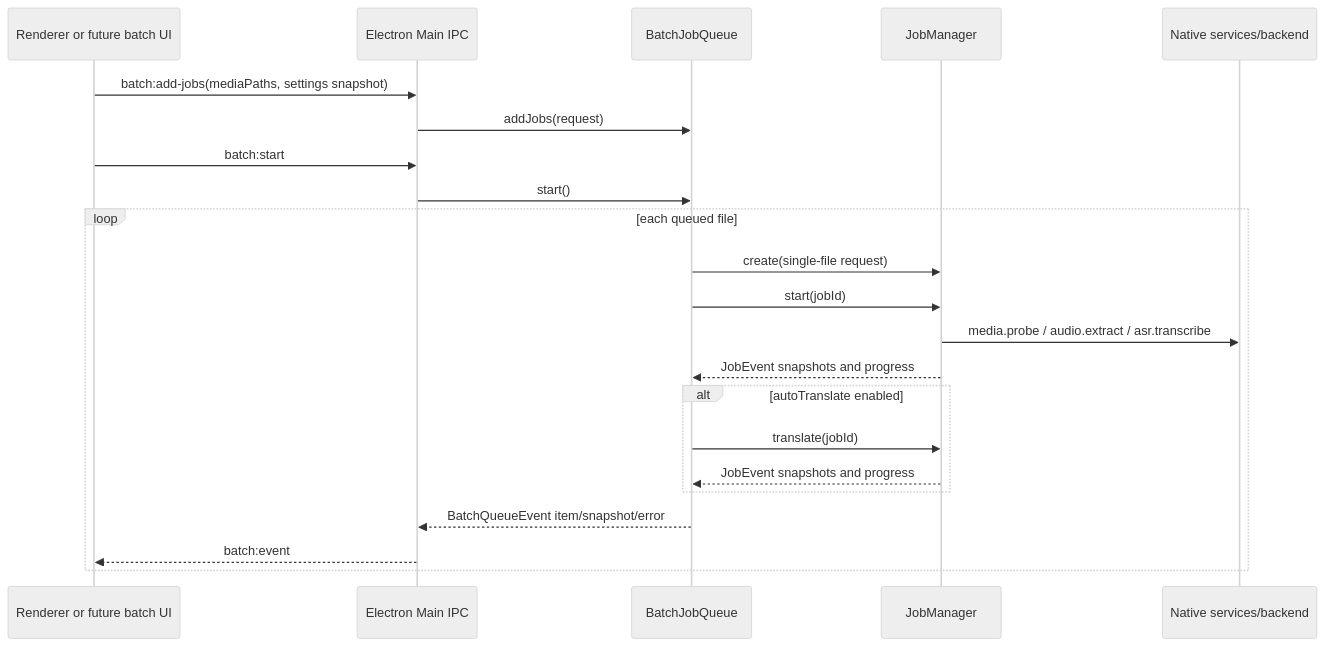
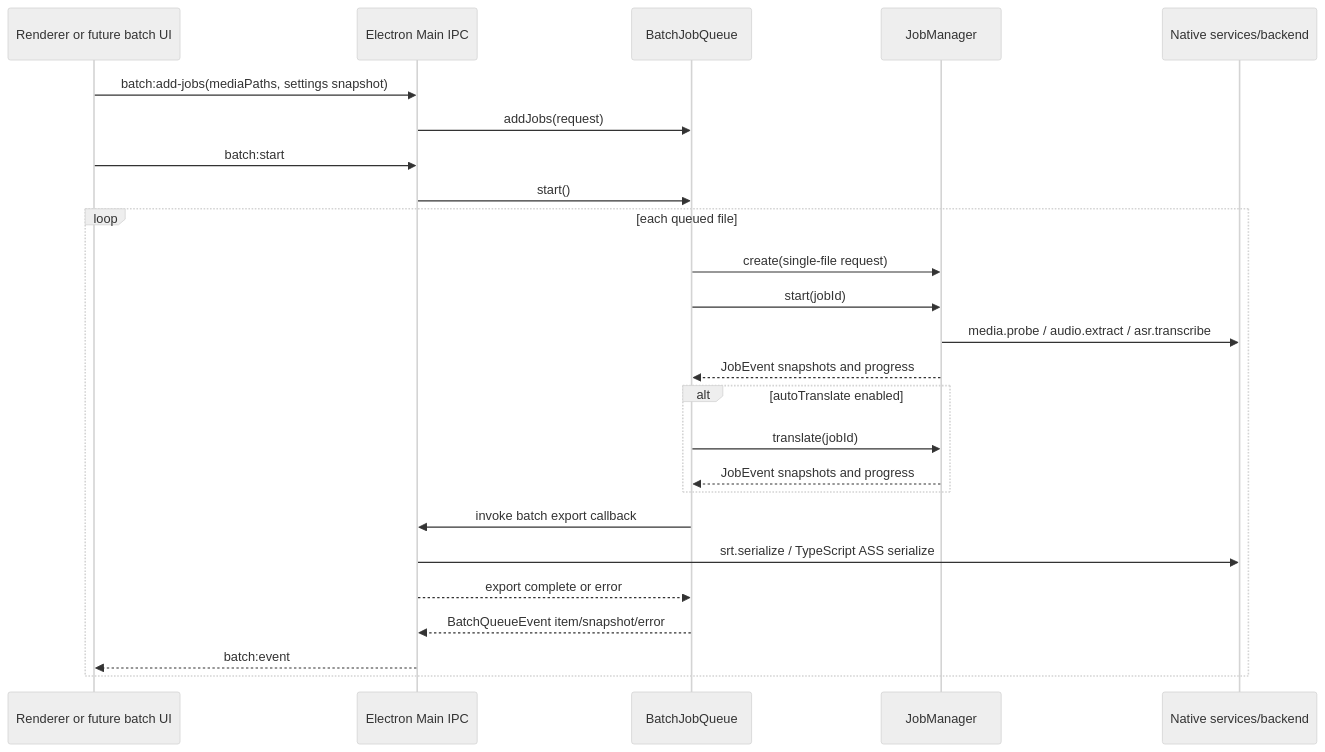
The third of 3 diagrams in docs/architecture.md (Azora-Shiraho/Translate-Ter), drawn with Mermaid (neutral theme) before and after one commit. The commit also changed other lines of this file and 1 other file, not shown here.

````diff
--- a/docs/architecture.md
+++ b/docs/architecture.md
@@ -323,25 +325,28 @@
 ```mermaid
 sequenceDiagram
   participant R as Renderer or future batch UI
   participant M as Electron Main IPC
   participant B as BatchJobQueue
   participant J as JobManager
   participant N as Native services/backend
 
   R->>M: batch:add-jobs(mediaPaths, settings snapshot)
   M->>B: addJobs(request)
   R->>M: batch:start
   M->>B: start()
   loop each queued file
     B->>J: create(single-file request)
     B->>J: start(jobId)
     J->>N: media.probe / audio.extract / asr.transcribe
     J-->>B: JobEvent snapshots and progress
     alt autoTranslate enabled
       B->>J: translate(jobId)
       J-->>B: JobEvent snapshots and progress
     end
+    B->>M: invoke batch export callback
+    M->>N: srt.serialize / TypeScript ASS serialize
+    M-->>B: export complete or error
     B-->>M: BatchQueueEvent item/snapshot/error
     M-->>R: batch:event
   end
 ```
````
